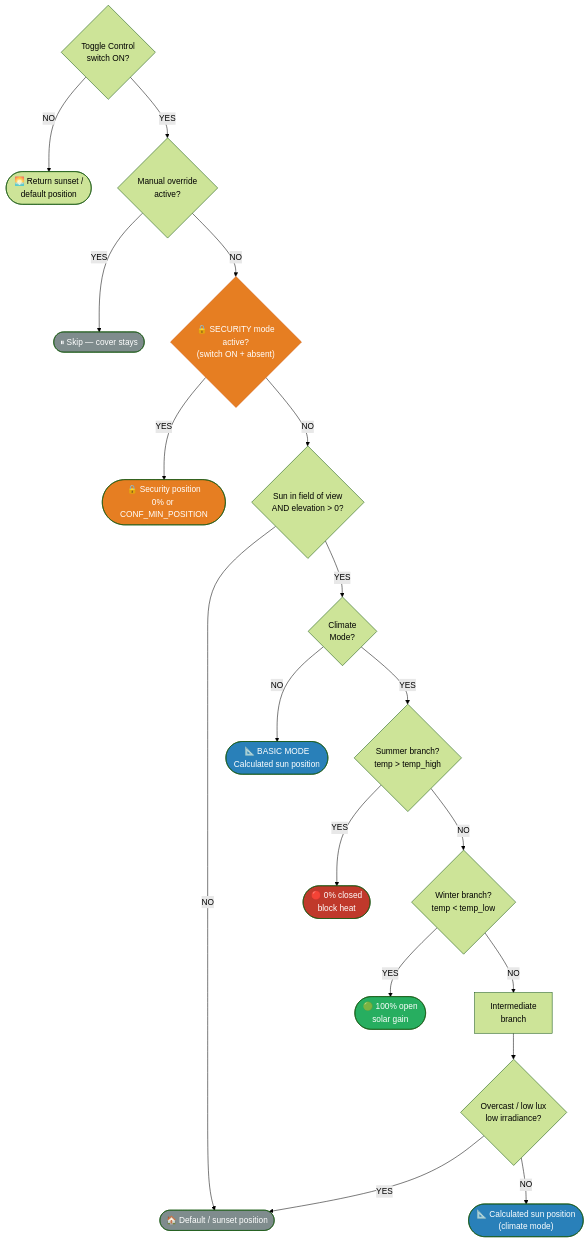
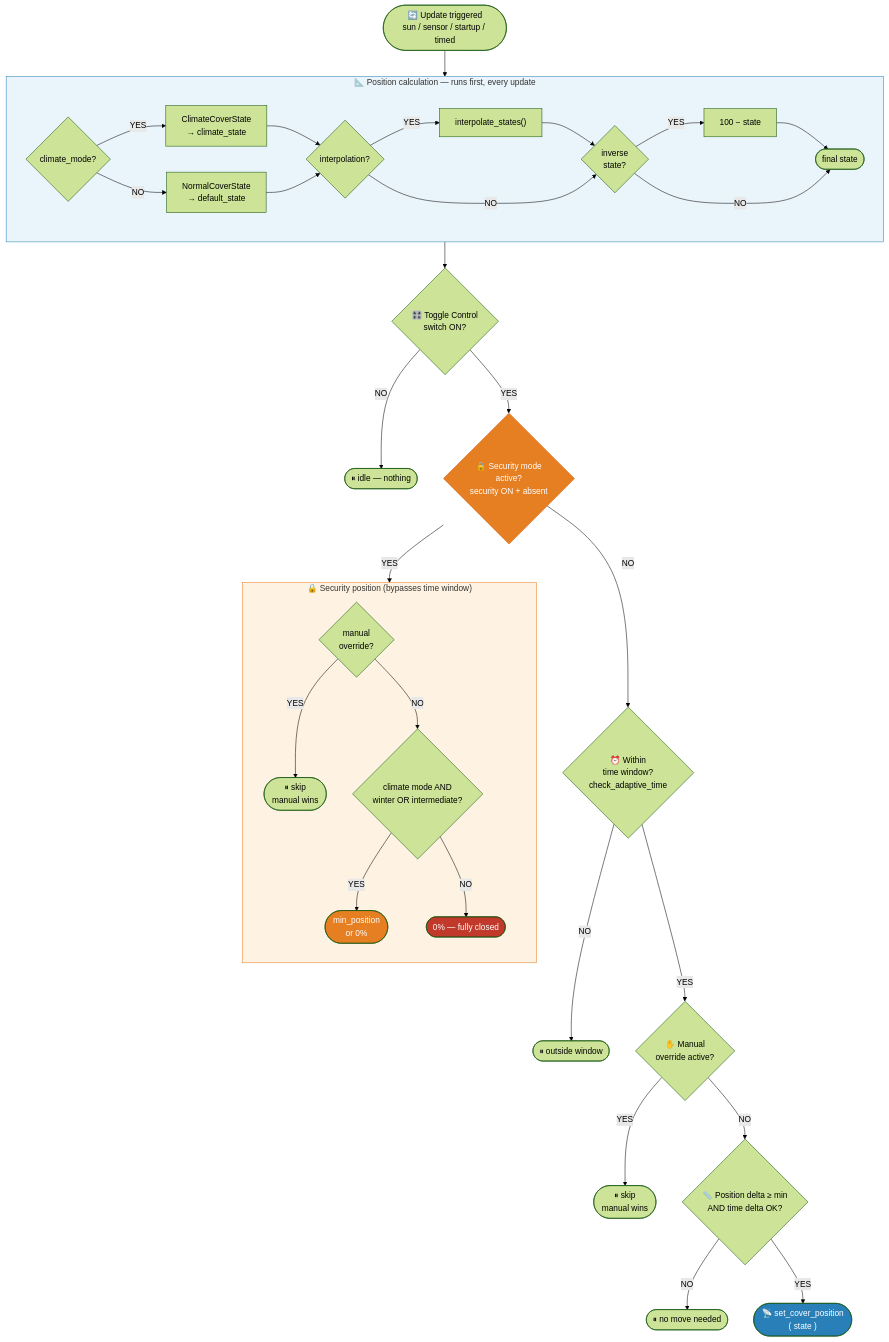
One commit to basbruss/adaptive-cover changed the second of 4 diagrams in custom_components/adaptive_cover/README.md. Above: the diagram before and after it, drawn with Mermaid (forest theme). The commit also changed other lines of this file, not shown here.

Commit message:
docs: rebuild schemas from code logic (control flow + position calc)

````diff
--- a/custom_components/adaptive_cover/README.md
+++ b/custom_components/adaptive_cover/README.md
@@ -66,47 +70,71 @@
 ```mermaid
 flowchart TD
-    CTRL{"Toggle Control\nswitch ON?"}
-    SUNSET(["🌅 Return sunset /\ndefault position"])
-    MANUAL{"Manual override\nactive?"}
-    SKIP(["⏸ Skip — cover stays"])
-    SEC{"🔒 SECURITY mode\nactive?\n(switch ON + absent)"}
-    SEC_POS(["🔒 Security position\n0% or CONF_MIN_POSITION"])
-    SUN{"Sun in field of view\nAND elevation > 0?"}
-    DEF(["🏠 Default / sunset position"])
-    CLIMATE{"Climate\nMode?"}
-    CALC_B(["📐 BASIC MODE\nCalculated sun position"])
-    SUMMER{"Summer branch?\ntemp > temp_high"}
-    WINTER{"Winter branch?\ntemp < temp_low"}
-    CLOSE0(["🔴 0% closed\nblock heat"])
-    OPEN100(["🟢 100% open\nsolar gain"])
-    INTER["Intermediate\nbranch"]
-    LUX{"Overcast / low lux\nlow irradiance?"}
-    CALC_C(["📐 Calculated sun position\n(climate mode)"])
+    START(["🔄 Update triggered\nsun / sensor / startup / timed"])
 
-    CTRL -->|NO| SUNSET
-    CTRL -->|YES| MANUAL
-    MANUAL -->|YES| SKIP
-    MANUAL -->|NO| SEC
-    SEC -->|YES| SEC_POS
-    SEC -->|NO| SUN
-    SUN -->|NO| DEF
-    SUN -->|YES| CLIMATE
-    CLIMATE -->|NO| CALC_B
-    CLIMATE -->|YES| SUMMER
-    SUMMER -->|YES| CLOSE0
-    SUMMER -->|NO| WINTER
-    WINTER -->|YES| OPEN100
-    WINTER -->|NO| INTER
-    INTER --> LUX
-    LUX -->|YES| DEF
-    LUX -->|NO| CALC_C
+    subgraph CALCBOX["📐 Position calculation  — runs first, every update"]
+        direction LR
+        CM{"climate_mode?"}
+        CSTATE["ClimateCoverState\n→ climate_state"]
+        NSTATE["NormalCoverState\n→ default_state"]
+        INTERP{"interpolation?"}
+        IRUN["interpolate_states()"]
+        INV{"inverse\nstate?"}
+        IRUN2["100 − state"]
+        STATEF(["final  state"])
+
+        CM -->|YES| CSTATE --> INTERP
+        CM -->|NO| NSTATE --> INTERP
+        INTERP -->|YES| IRUN --> INV
+        INTERP -->|NO| INV
+        INV -->|YES| IRUN2 --> STATEF
+        INV -->|NO| STATEF
+    end
+
+    CTRL{"🎛️ Toggle Control\nswitch ON?"}
+    IDLE(["⏸ idle — nothing"])
+
+    SEC{"🔒 Security mode\nactive?\nsecurity ON + absent"}
+
+    subgraph SECBOX["🔒 Security position  (bypasses time window)"]
+        direction TB
+        SM{"manual\noverride?"}
+        SCLI{"climate mode AND\n winter OR intermediate?"}
+        SSKIP(["⏸ skip\nmanual wins"])
+        SMIN(["min_position\nor 0%"])
+        SZERO(["0% — fully closed"])
+        SM -->|YES| SSKIP
+        SM -->|NO| SCLI
+        SCLI -->|YES| SMIN
+        SCLI -->|NO| SZERO
+    end
+
+    TIME{"⏰ Within\ntime window?\ncheck_adaptive_time"}
+    TOUT(["⏸ outside window"])
+
+    MAN{"✋ Manual\noverride active?"}
+    MSKIP(["⏸ skip\nmanual wins"])
+
+    DELTA{"📏 Position delta ≥ min\nAND time delta OK?"}
+    DNOOP(["⏸ no move needed"])
+    MOVE(["📡 set_cover_position\n( state )"])
+
+    START --> CALCBOX
+    CALCBOX --> CTRL
+    CTRL -->|NO| IDLE
+    CTRL -->|YES| SEC
+    SEC -->|YES| SECBOX
+    SEC -->|NO| TIME
+    TIME -->|NO| TOUT
+    TIME -->|YES| MAN
+    MAN -->|YES| MSKIP
+    MAN -->|NO| DELTA
+    DELTA -->|NO| DNOOP
+    DELTA -->|YES| MOVE
 
     style SEC fill:#e67e22,color:#fff,stroke:#d35400
-    style SEC_POS fill:#e67e22,color:#fff
-    style CLOSE0 fill:#c0392b,color:#fff
-    style OPEN100 fill:#27ae60,color:#fff
-    style SKIP fill:#7f8c8d,color:#fff
-    style DEF fill:#7f8c8d,color:#fff
-    style CALC_B fill:#2980b9,color:#fff
-    style CALC_C fill:#2980b9,color:#fff
+    style SECBOX fill:#fef3e2,stroke:#e67e22
+    style SMIN fill:#e67e22,color:#fff
+    style SZERO fill:#c0392b,color:#fff
+    style MOVE fill:#2980b9,color:#fff
+    style CALCBOX fill:#eaf4fb,stroke:#2980b9
 ```
````
